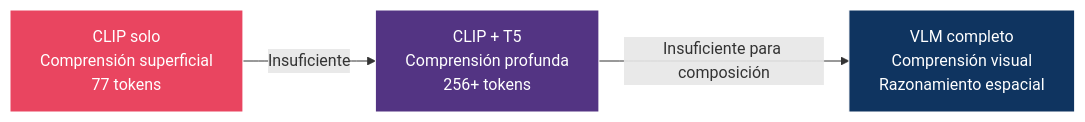
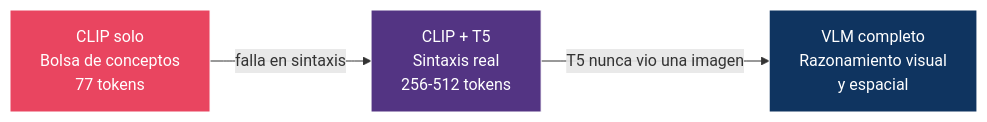
One commit to DavidDevGt/DifusionReal changed the second of 6 diagrams in 11-conditioning/README.md. Above: the diagram before and after it, drawn with Mermaid. The commit also changed other lines of this file, not shown here.

````diff
--- a/11-conditioning/README.md
+++ b/11-conditioning/README.md
@@ -70,9 +89,9 @@
 ```mermaid
 graph LR
-    A["CLIP solo<br/>Comprensión superficial<br/>77 tokens"] -->|"Insuficiente"| B["CLIP + T5<br/>Comprensión profunda<br/>256+ tokens"]
-    B -->|"Insuficiente para composición"| C["VLM completo<br/>Comprensión visual<br/>Razonamiento espacial"]
+    A["CLIP solo<br/>Bolsa de conceptos<br/>77 tokens"] -->|"falla en sintaxis"| B["CLIP + T5<br/>Sintaxis real<br/>256-512 tokens"]
+    B -->|"T5 nunca vio una imagen"| C["VLM completo<br/>Razonamiento visual<br/>y espacial"]
 
     style A fill:#e94560,stroke:#fff,color:#fff
     style B fill:#533483,stroke:#fff,color:#fff
     style C fill:#0f3460,stroke:#fff,color:#fff
 ```
````
